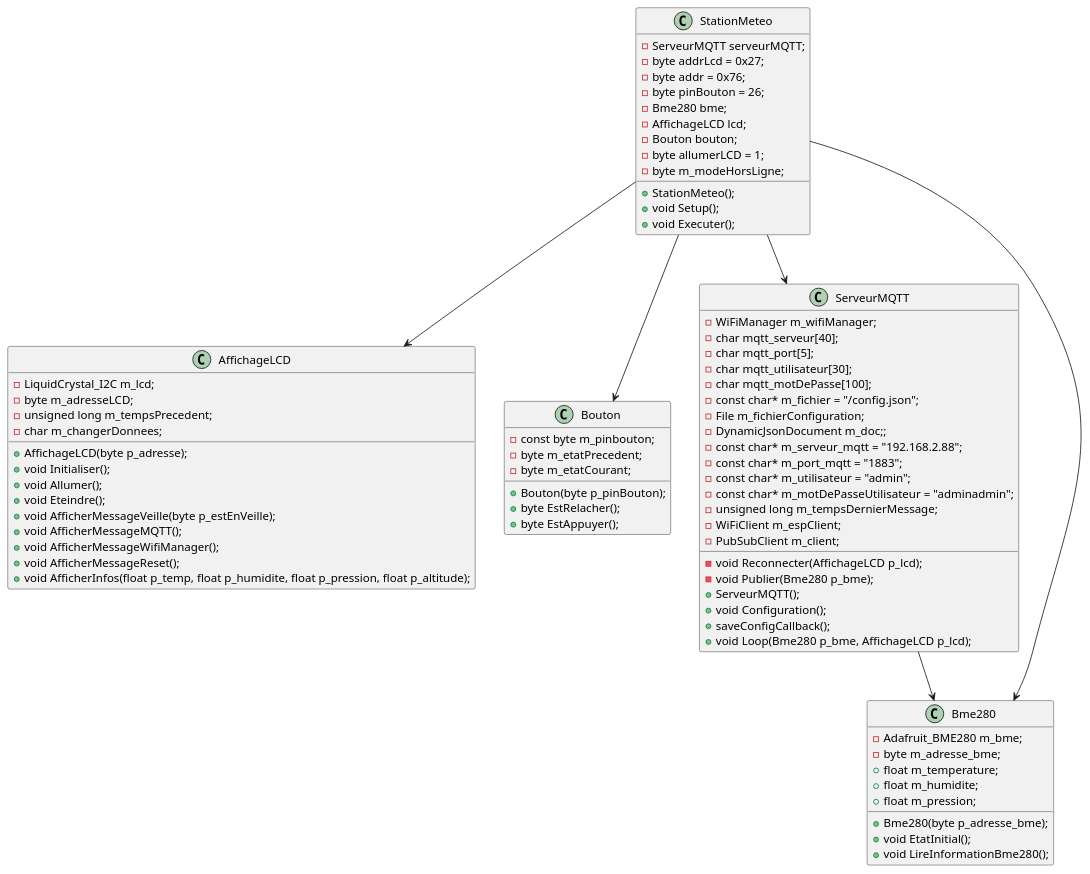
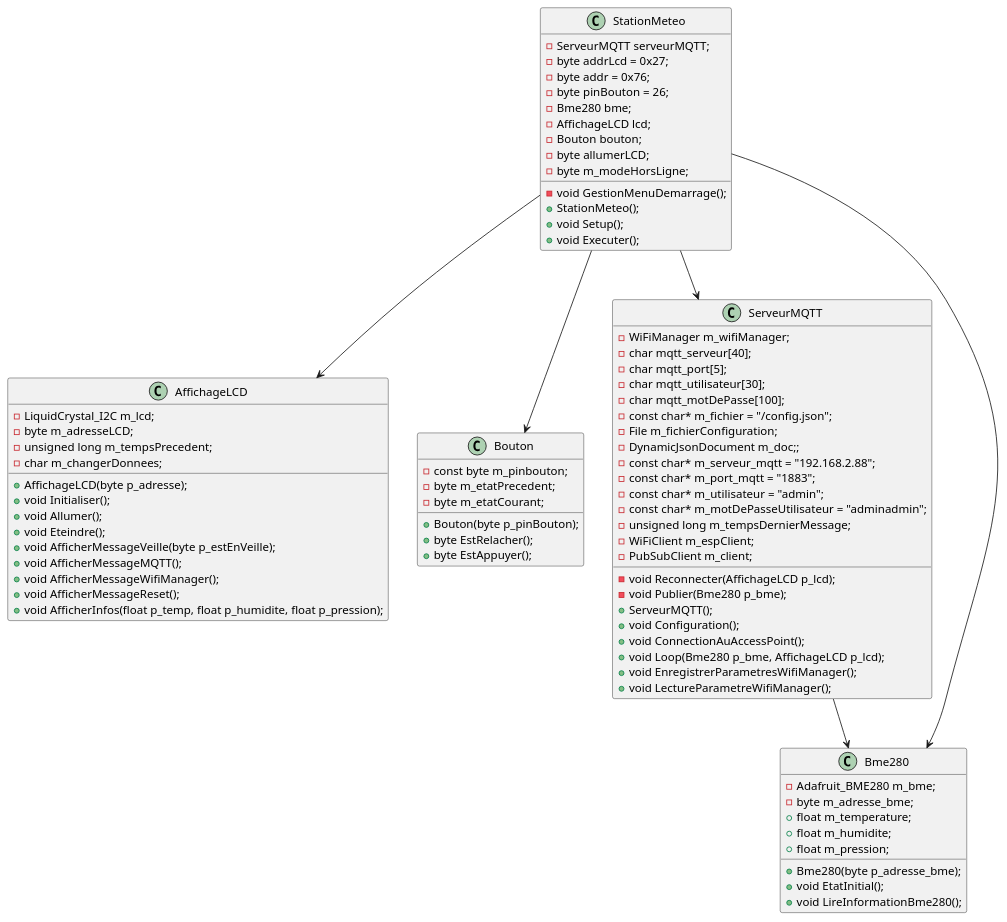
One commit to Keven44977/Station-Meteo-TP3 changed the diagram in DiagrammeDeClasse/DiagrammeStationMeteo.wsd. Above: the diagram before and after it, drawn with PlantUML. The commit also changed 1 other file, not shown here.

Commit message:
dernier changement du diagramme de classe

```diff
--- a/DiagrammeDeClasse/DiagrammeStationMeteo.wsd
+++ b/DiagrammeDeClasse/DiagrammeStationMeteo.wsd
@@ -1,88 +1,91 @@
 @startuml StationMeteo
 
 class StationMeteo {
     - ServeurMQTT serveurMQTT;
     - byte addrLcd = 0x27;
     - byte addr = 0x76;
     - byte pinBouton = 26;
     - Bme280 bme;
     - AffichageLCD lcd;
     - Bouton bouton;
-    - byte allumerLCD = 1;
+    - byte allumerLCD;
     - byte m_modeHorsLigne;
     
+    - void GestionMenuDemarrage();
     + StationMeteo();
     + void Setup();
     + void Executer();
 }
 
 class Bme280 {
     - Adafruit_BME280 m_bme;
     - byte m_adresse_bme;
     + float m_temperature;
     + float m_humidite;
     + float m_pression;
 
     + Bme280(byte p_adresse_bme);
     + void EtatInitial();
     + void LireInformationBme280();
 }
 
 class AffichageLCD {
     - LiquidCrystal_I2C m_lcd;
     - byte m_adresseLCD;
     - unsigned long m_tempsPrecedent;
     - char m_changerDonnees;
 
     + AffichageLCD(byte p_adresse);
     + void Initialiser();
     + void Allumer();
     + void Eteindre();
     + void AfficherMessageVeille(byte p_estEnVeille);
     + void AfficherMessageMQTT();
     + void AfficherMessageWifiManager();
     + void AfficherMessageReset();
-    + void AfficherInfos(float p_temp, float p_humidite, float p_pression, float p_altitude);
+    + void AfficherInfos(float p_temp, float p_humidite, float p_pression);
 }
 
 class Bouton {
     - const byte m_pinbouton;
     - byte m_etatPrecedent;
     - byte m_etatCourant;
 
     + Bouton(byte p_pinBouton);
     + byte EstRelacher();
     + byte EstAppuyer();
 }
 
 class ServeurMQTT {
     - WiFiManager m_wifiManager;
     - char mqtt_serveur[40];
     - char mqtt_port[5];
     - char mqtt_utilisateur[30];
     - char mqtt_motDePasse[100];
     - const char* m_fichier = "/config.json";
     - File m_fichierConfiguration;
     - DynamicJsonDocument m_doc;;
     - const char* m_serveur_mqtt = "192.168.2.88";
     - const char* m_port_mqtt = "1883";
     - const char* m_utilisateur = "admin";
     - const char* m_motDePasseUtilisateur = "adminadmin";
     - unsigned long m_tempsDernierMessage;
     - WiFiClient m_espClient;
     - PubSubClient m_client;
 
     - void Reconnecter(AffichageLCD p_lcd);
     - void Publier(Bme280 p_bme);
     + ServeurMQTT();
     + void Configuration();
-    + saveConfigCallback();
+    + void ConnectionAuAccessPoint();
     + void Loop(Bme280 p_bme, AffichageLCD p_lcd);
+    + void EnregistrerParametresWifiManager();
+    + void LectureParametreWifiManager();
 }
 
 ServeurMQTT --> Bme280
 StationMeteo --> ServeurMQTT
 StationMeteo --> AffichageLCD
 Bme280 <-- StationMeteo
 StationMeteo --> Bouton
 @enduml
```
